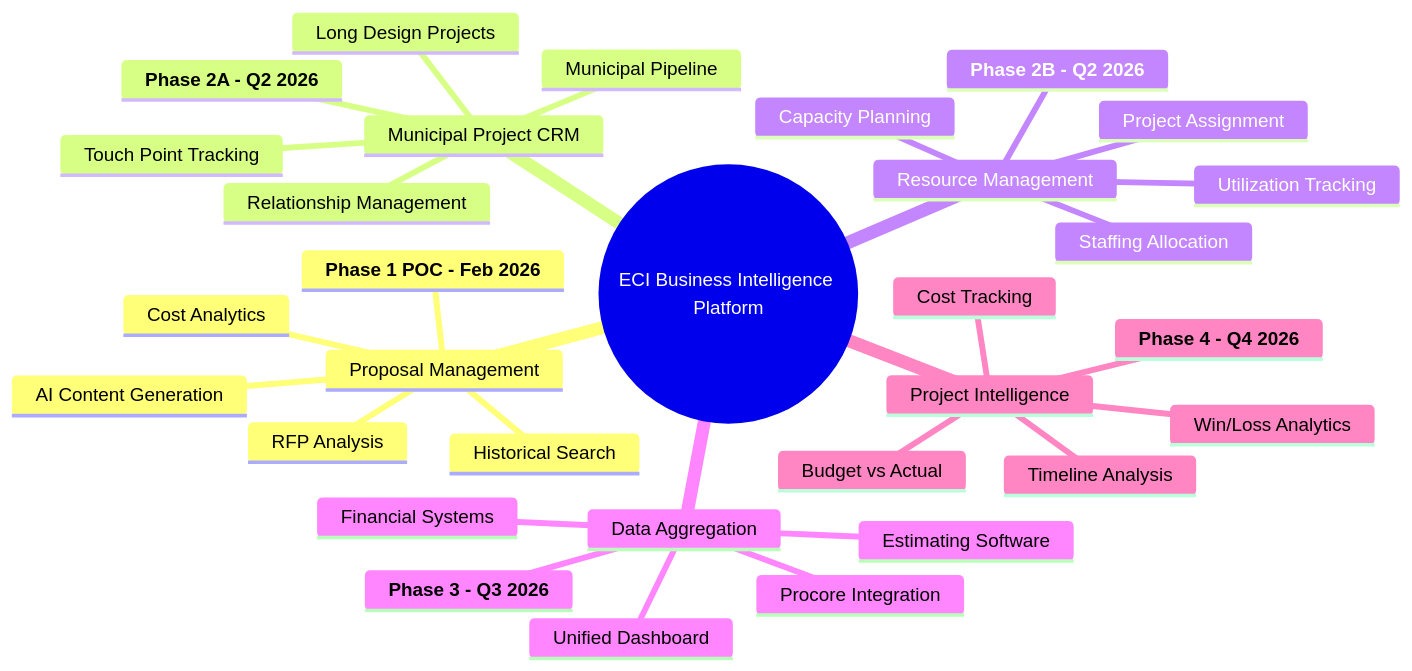
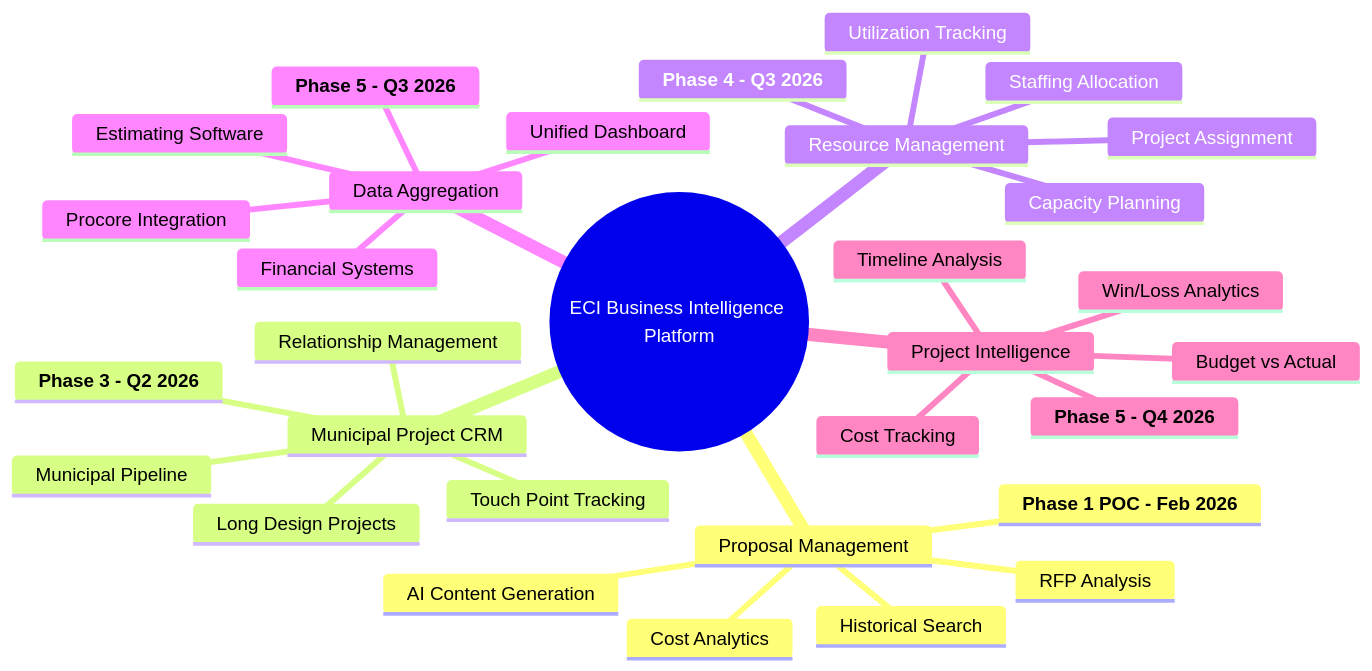
Before and after one commit to elikiedrowski/ECI_Site_Construction: the first of 25 diagrams in POC-Implementation-Plan.md, drawn with Mermaid. The commit also changed 1 other file, not shown here.

Commit message:
Renumber phases to whole numbers (removed 2A notation): Phase 1-5 instead of Phase 1,2,2A,3,4

````diff
--- a/POC-Implementation-Plan.md
+++ b/POC-Implementation-Plan.md
@@ -30,34 +30,34 @@
 ```mermaid
 mindmap
   root((ECI Business Intelligence Platform))
     Proposal Management
       AI Content Generation
       RFP Analysis
       Historical Search
       Cost Analytics
       **Phase 1 POC - Feb 2026**
     Municipal Project CRM
       Long Design Projects
       Touch Point Tracking
       Municipal Pipeline
       Relationship Management
-      **Phase 2A - Q2 2026**
+      **Phase 3 - Q2 2026**
     Resource Management
       Staffing Allocation
       Project Assignment
       Capacity Planning
       Utilization Tracking
-      **Phase 2B - Q2 2026**
+      **Phase 4 - Q3 2026**
     Data Aggregation
       Procore Integration
       Financial Systems
       Estimating Software
       Unified Dashboard
-      **Phase 3 - Q3 2026**
+      **Phase 5 - Q3 2026**
     Project Intelligence
       Cost Tracking
       Budget vs Actual
       Timeline Analysis
       Win/Loss Analytics
-      **Phase 4 - Q4 2026**
+      **Phase 5 - Q4 2026**
 ```
````
